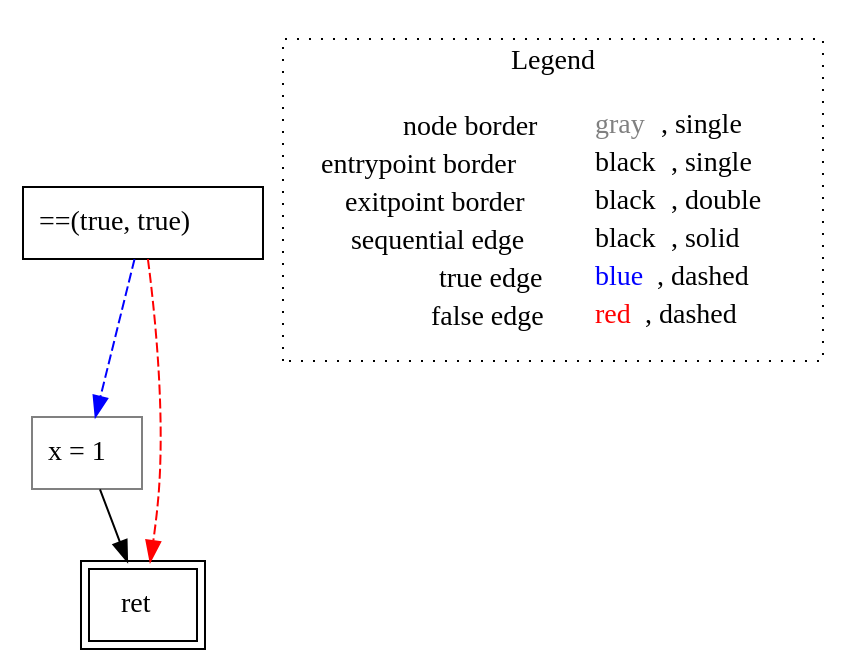
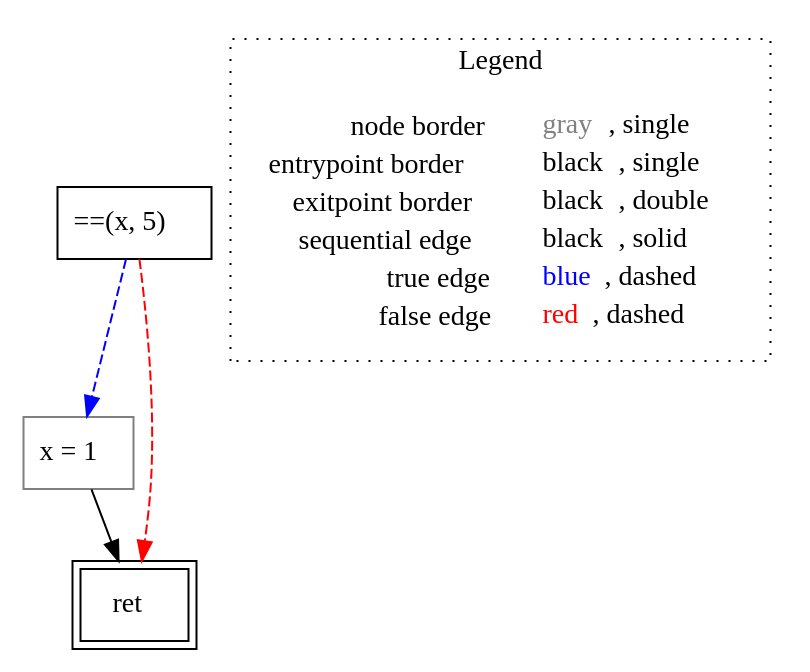
One commit to VincenzoArceri/rust-lisa changed the diagram in rust-lisa/rust-testcases/cfg/simple-if/untyped_rust-testcases_cfg_simple-if_simple-if.rs.main().dot. Above: the diagram before and after it, drawn with Graphviz. The commit also changed 6 other files, not shown here.

```diff
--- a/rust-lisa/rust-testcases/cfg/simple-if/untyped_rust-testcases_cfg_simple-if_simple-if.rs.main().dot
+++ b/rust-lisa/rust-testcases/cfg/simple-if/untyped_rust-testcases_cfg_simple-if_simple-if.rs.main().dot
@@ -1,15 +1,15 @@
 digraph {
-	"node0" [shape="rect",color="black",label=<==(true, true)>];
+	"node0" [shape="rect",color="black",label=<==(x, 5)>];
 	"node1" [shape="rect",color="gray",label=<x = 1>];
 	"node2" [shape="rect",color="black",peripheries="2",label=<ret>];
 	"node1" -> "node2" [color="black"];
 	"node0" -> "node1" [color="blue",style="dashed"];
 	"node0" -> "node2" [color="red",style="dashed"];
 subgraph cluster_legend {
 	label="Legend";
 	style=dotted;
 	node [shape=plaintext];
 	"legend" [label=<<table border="0" cellpadding="2" cellspacing="0" cellborder="0"><tr><td align="right">node border&nbsp;</td><td align="left"><font color="gray">gray</font>, single</td></tr><tr><td align="right">entrypoint border&nbsp;</td><td align="left"><font color="black">black</font>, single</td></tr><tr><td align="right">exitpoint border&nbsp;</td><td align="left"><font color="black">black</font>, double</td></tr><tr><td align="right">sequential edge&nbsp;</td><td align="left"><font color="black">black</font>, solid</td></tr><tr><td align="right">true edge&nbsp;</td><td align="left"><font color="blue">blue</font>, dashed</td></tr><tr><td align="right">false edge&nbsp;</td><td align="left"><font color="red">red</font>, dashed</td></tr></table>>];
 }
 
 }
```
